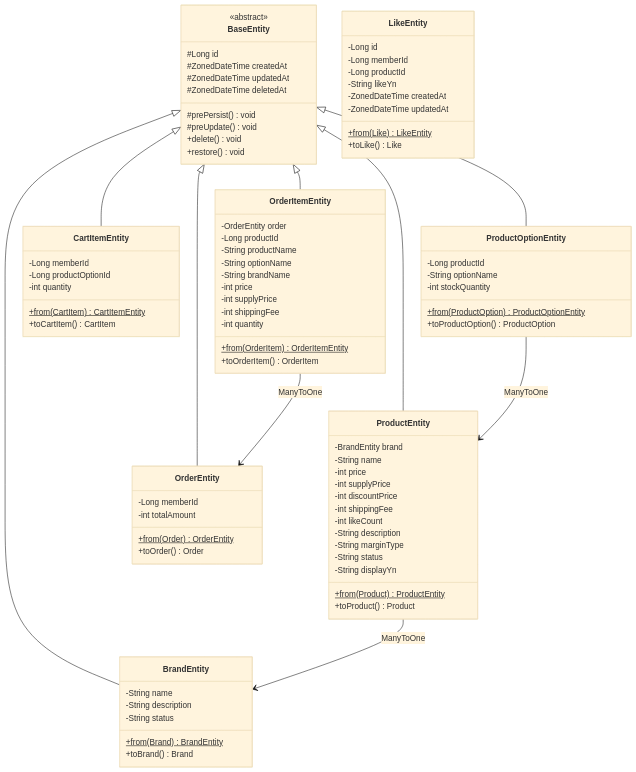
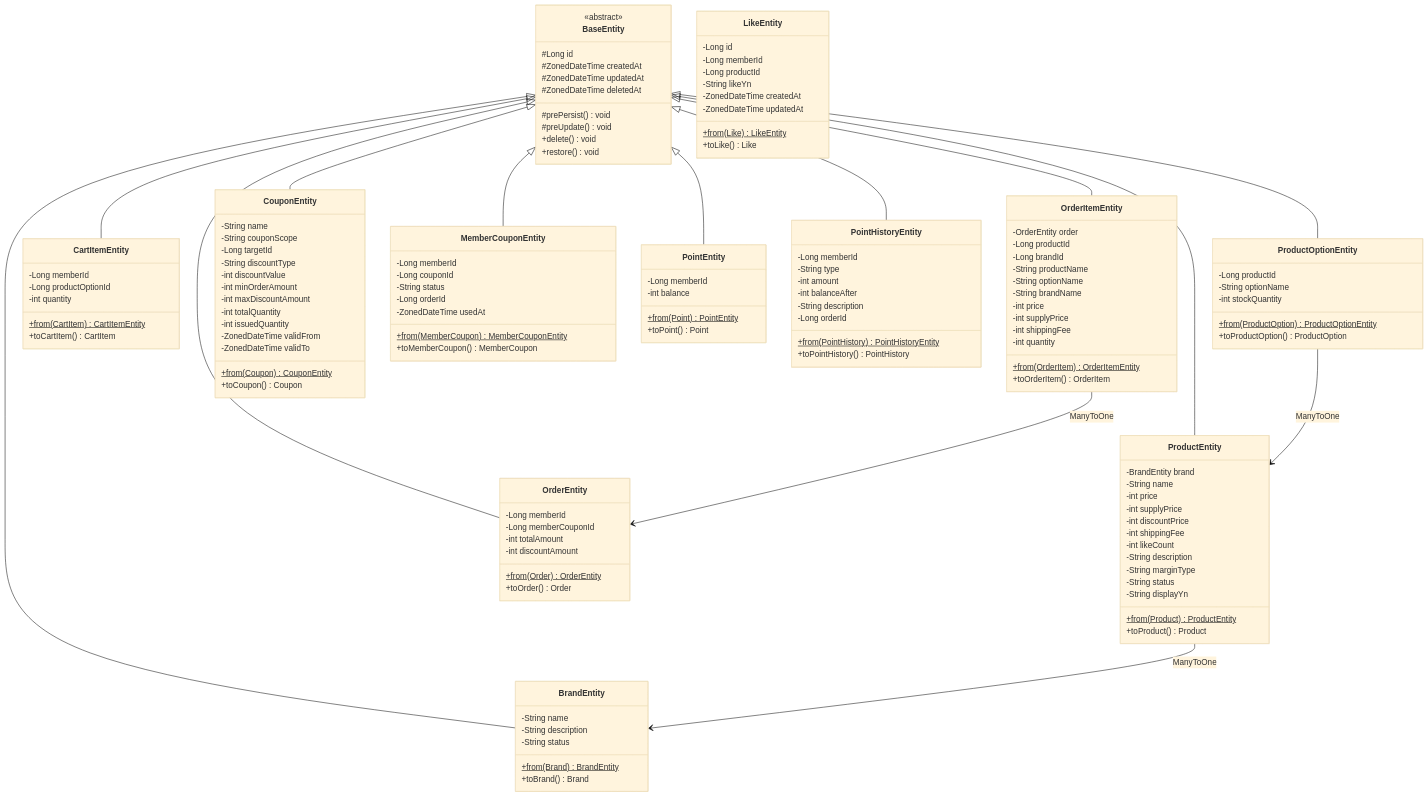
Before and after one commit to jsj1215/loop-pack-be-l2-vol3-java: the sixth of 7 diagrams in docs/design/03-class-diagram.md, drawn with Mermaid (base theme). The commit also changed other lines of this file and 3 other files, not shown here.

```diff
--- a/docs/design/03-class-diagram.md
+++ b/docs/design/03-class-diagram.md
@@ -478,7 +718,9 @@
 
     class OrderEntity {
         -Long memberId
+        -Long memberCouponId
         -int totalAmount
+        -int discountAmount
         +from(Order) OrderEntity$
         +toOrder() Order
     }
@@ -486,6 +728,7 @@
     class OrderItemEntity {
         -OrderEntity order
         -Long productId
+        -Long brandId
         -String productName
         -String optionName
         -String brandName
@@ -497,12 +740,60 @@
         +toOrderItem() OrderItem
     }
 
+    class CouponEntity {
+        -String name
+        -String couponScope
+        -Long targetId
+        -String discountType
+        -int discountValue
+        -int minOrderAmount
+        -int maxDiscountAmount
+        -int totalQuantity
+        -int issuedQuantity
+        -ZonedDateTime validFrom
+        -ZonedDateTime validTo
+        +from(Coupon) CouponEntity$
+        +toCoupon() Coupon
+    }
+
+    class MemberCouponEntity {
+        -Long memberId
+        -Long couponId
+        -String status
+        -Long orderId
+        -ZonedDateTime usedAt
+        +from(MemberCoupon) MemberCouponEntity$
+        +toMemberCoupon() MemberCoupon
+    }
+
+    class PointEntity {
+        -Long memberId
+        -int balance
+        +from(Point) PointEntity$
+        +toPoint() Point
+    }
+
+    class PointHistoryEntity {
+        -Long memberId
+        -String type
+        -int amount
+        -int balanceAfter
+        -String description
+        -Long orderId
+        +from(PointHistory) PointHistoryEntity$
+        +toPointHistory() PointHistory
+    }
+
     BaseEntity <|-- BrandEntity
     BaseEntity <|-- ProductEntity
     BaseEntity <|-- ProductOptionEntity
     BaseEntity <|-- CartItemEntity
     BaseEntity <|-- OrderEntity
     BaseEntity <|-- OrderItemEntity
+    BaseEntity <|-- PointEntity
+    BaseEntity <|-- PointHistoryEntity
+    BaseEntity <|-- CouponEntity
+    BaseEntity <|-- MemberCouponEntity
 
     ProductEntity --> BrandEntity : ManyToOne
     ProductOptionEntity --> ProductEntity : ManyToOne
```
